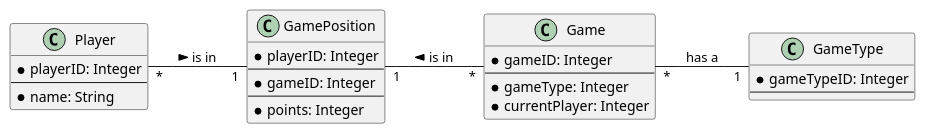
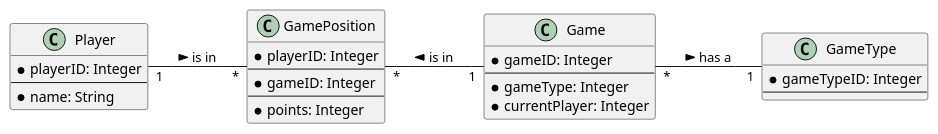
One commit to 2223-3bhif-syp/Dart-Scoring-App changed the first of 2 diagrams in asciidocs/pflichtenheft.adoc. Above: the diagram before and after it, drawn with PlantUML. The commit also changed 1 other file, not shown here.

Commit message:
CLD fix again

```diff
--- a/asciidocs/pflichtenheft.adoc
+++ b/asciidocs/pflichtenheft.adoc
@@ -25,35 +25,35 @@
 [plantuml, target=diagram-classes, format=png]
 ....
 left to right direction
 
 class GameType{
 * gameTypeID: Integer
 --
 }
 
 class Player{
 * playerID: Integer
 --
 * name: String
 }
 
 class Game{
 * gameID: Integer
 --
 * gameType: Integer
 * currentPlayer: Integer
 }
 
 class GamePosition{
 * playerID: Integer
 --
 * gameID: Integer
 --
 * points: Integer
 }
 
-Player "*"--"1" GamePosition : is in >
-GamePosition "1"--"*" Game : is in <
-Game "*"--"1" GameType : has a 
+Player "1"--"*" GamePosition : is in >
+GamePosition "*"--"1" Game : is in <
+Game "*"--"1" GameType : has a >
 
 ....
```
